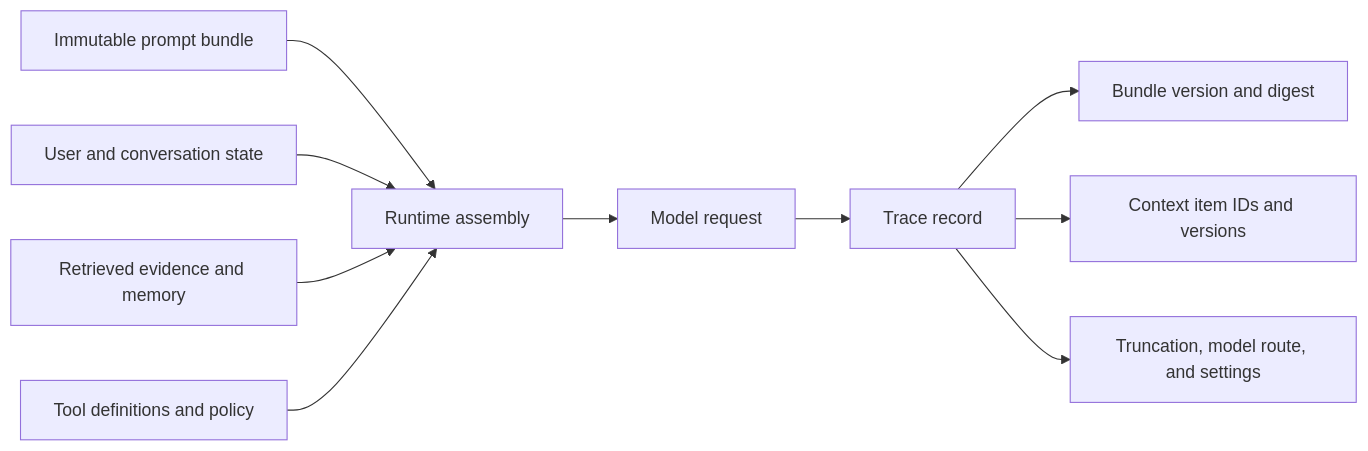
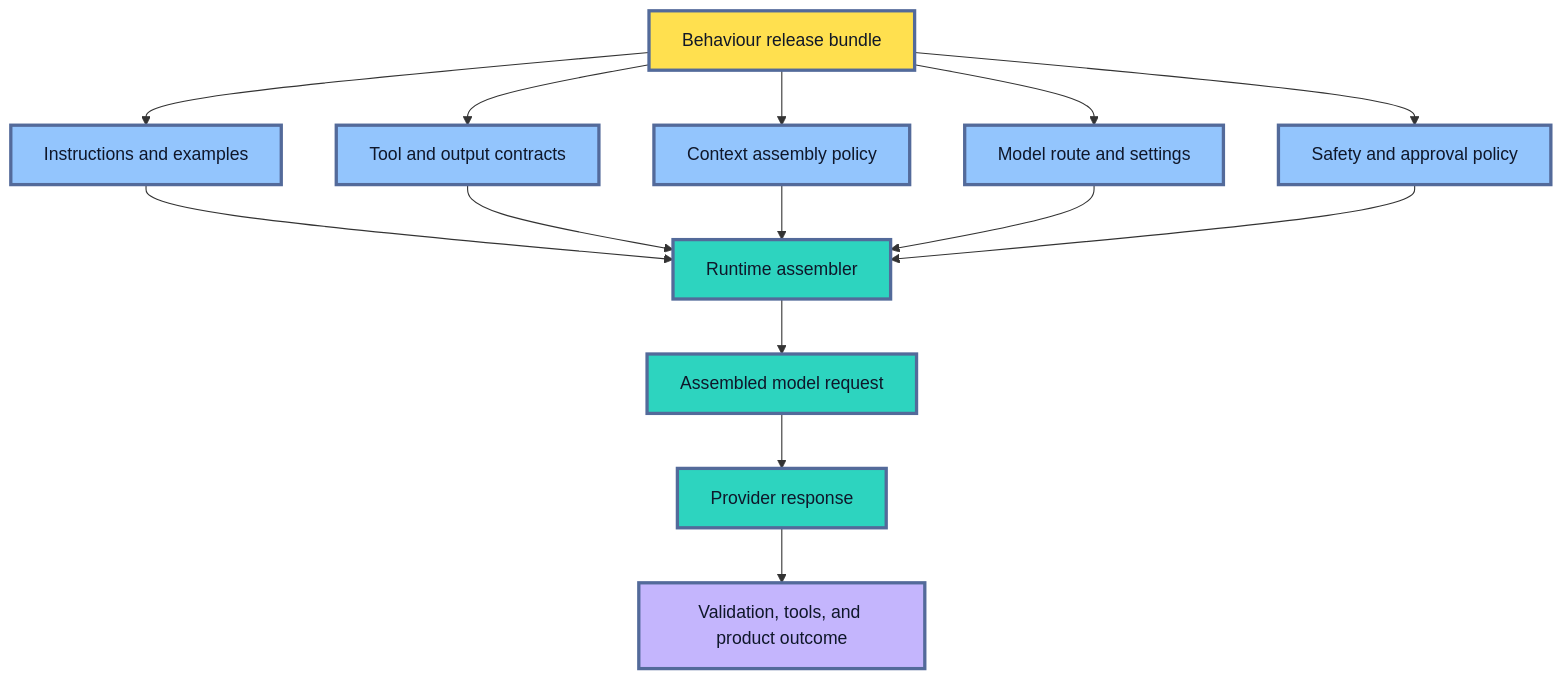
The second of 6 diagrams in roadmaps/mlops/modules/llmops/llm-app-foundations/04-prompt-versioning-and-release.md (senlinyy/dev-roadmaps), drawn with Mermaid before and after one commit. The commit also changed other lines of this file and 198 other files, not shown here.

````diff
--- a/roadmaps/mlops/modules/llmops/llm-app-foundations/04-prompt-versioning-and-release.md
+++ b/roadmaps/mlops/modules/llmops/llm-app-foundations/04-prompt-versioning-and-release.md
@@ -182,12 +136,25 @@
 ```mermaid
-flowchart LR
-    A[Immutable prompt bundle] --> E[Runtime assembly]
-    B[User and conversation state] --> E
-    C[Retrieved evidence and memory] --> E
-    D[Tool definitions and policy] --> E
-    E --> F[Model request]
-    F --> G[Trace record]
-    G --> H[Bundle version and digest]
-    G --> I[Context item IDs and versions]
-    G --> J[Truncation, model route, and settings]
+flowchart TD
+    A["Behaviour release bundle"] --> B["Instructions and examples"]
+    A --> C["Tool and output contracts"]
+    A --> D["Context assembly policy"]
+    A --> E["Model route and settings"]
+    A --> F["Safety and approval policy"]
+    B --> G["Runtime assembler"]
+    C --> G
+    D --> G
+    E --> G
+    F --> G
+    G --> H["Assembled model request"]
+    H --> I["Provider response"]
+    I --> J["Validation, tools, and product outcome"]
+
+    classDef bundle fill:#FFE04F,stroke:#536A9A,stroke-width:3px,color:#111827
+    classDef component fill:#93C5FD,stroke:#536A9A,stroke-width:3px,color:#0F172A
+    classDef runtime fill:#2DD4BF,stroke:#536A9A,stroke-width:3px,color:#0F172A
+    classDef outcome fill:#C4B5FD,stroke:#536A9A,stroke-width:3px,color:#0F172A
+    class A bundle
+    class B,C,D,E,F component
+    class G,H,I runtime
+    class J outcome
 ```
````
